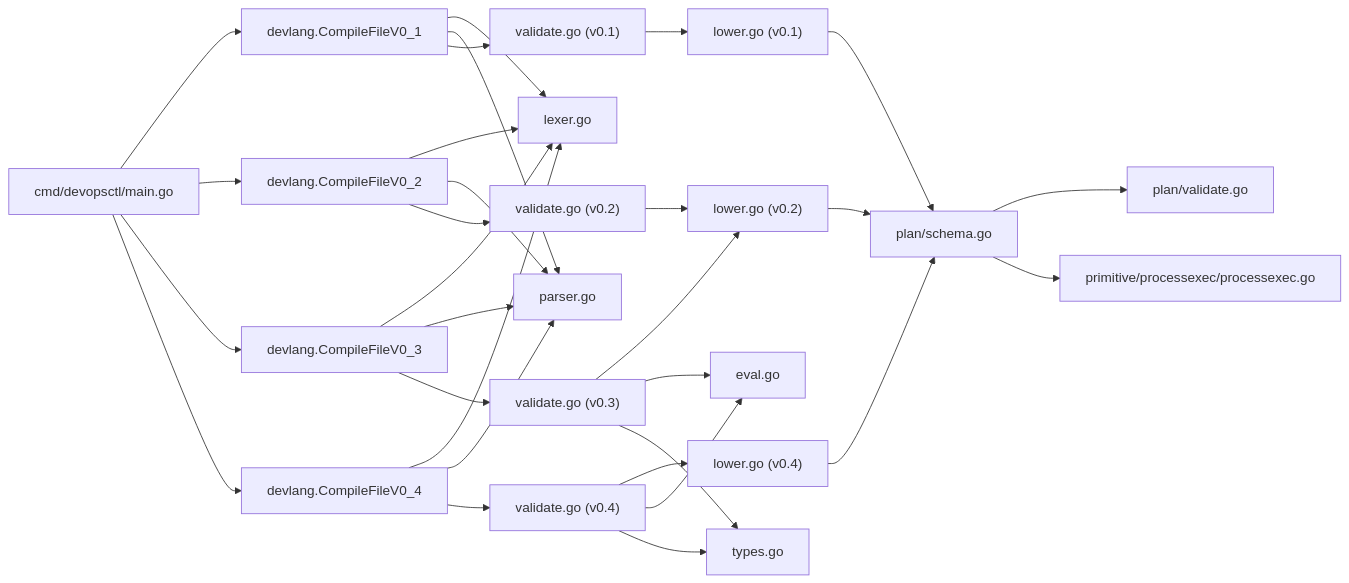
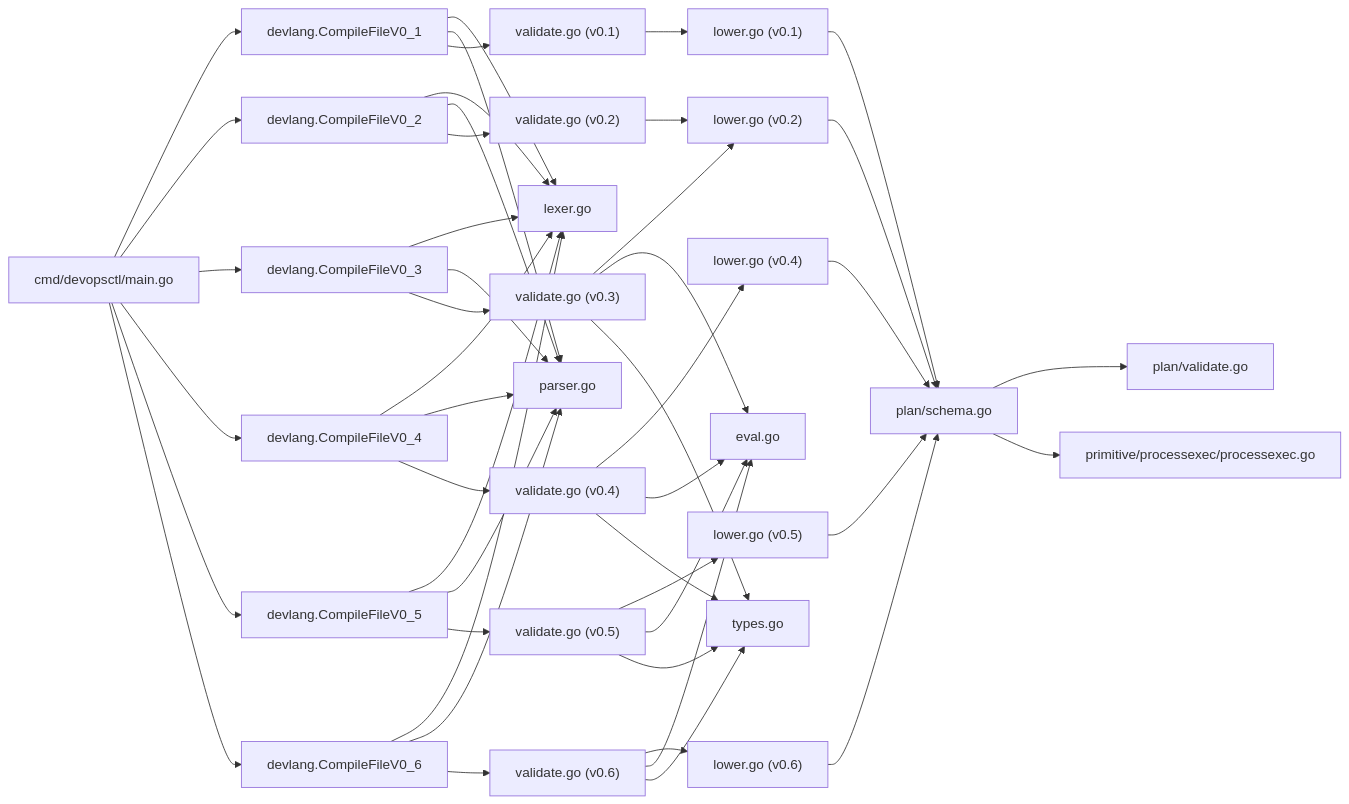
One commit to ahmednour1430464/dotdevops changed diagram 17 of 18 in .qoder/repowiki/en/content/.devops Language Reference/Compilation Pipeline.md. Above: the diagram before and after it, drawn with Mermaid. The commit also changed other lines of this file and 12 other files, not shown here.

````diff
--- a/.qoder/repowiki/en/content/.devops Language Reference/Compilation Pipeline.md
+++ b/.qoder/repowiki/en/content/.devops Language Reference/Compilation Pipeline.md
@@ -828,32 +1216,48 @@
 ```mermaid
 graph LR
 CLI["cmd/devopsctl/main.go"] --> COMP1["devlang.CompileFileV0_1"]
 CLI --> COMP2["devlang.CompileFileV0_2"]
 CLI --> COMP3["devlang.CompileFileV0_3"]
 CLI --> COMP4["devlang.CompileFileV0_4"]
+CLI --> COMP5["devlang.CompileFileV0_5"]
+CLI --> COMP6["devlang.CompileFileV0_6"]
 COMP1 --> LEX["lexer.go"]
 COMP1 --> PAR["parser.go"]
 COMP1 --> VAL1["validate.go (v0.1)"]
 COMP2 --> LEX
 COMP2 --> PAR
 COMP2 --> VAL2["validate.go (v0.2)"]
 COMP3 --> LEX
 COMP3 --> PAR
 COMP3 --> VAL3["validate.go (v0.3)"]
 COMP4 --> LEX
 COMP4 --> PAR
 COMP4 --> VAL4["validate.go (v0.4)"]
+COMP5 --> LEX
+COMP5 --> PAR
+COMP5 --> VAL5["validate.go (v0.5)"]
+COMP6 --> LEX
+COMP6 --> PAR
+COMP6 --> VAL6["validate.go (v0.6)"]
 VAL1 --> LOW1["lower.go (v0.1)"]
 VAL2 --> LOW2["lower.go (v0.2)"]
 VAL3 --> LOW2
 VAL4 --> LOW4["lower.go (v0.4)"]
+VAL5 --> LOW5["lower.go (v0.5)"]
+VAL6 --> LOW6["lower.go (v0.6)"]
 VAL3 --> EVAL["eval.go"]
 VAL4 --> EVAL
+VAL5 --> EVAL
+VAL6 --> EVAL
 VAL3 --> TYPES["types.go"]
 VAL4 --> TYPES
+VAL5 --> TYPES
+VAL6 --> TYPES
 LOW1 --> PLAN["plan/schema.go"]
 LOW2 --> PLAN
 LOW4 --> PLAN
+LOW5 --> PLAN
+LOW6 --> PLAN
 PLAN --> PVAL["plan/validate.go"]
 PLAN --> PRIM["primitive/processexec/processexec.go"]
 ```
````
